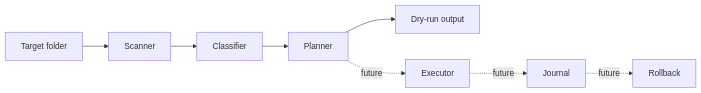
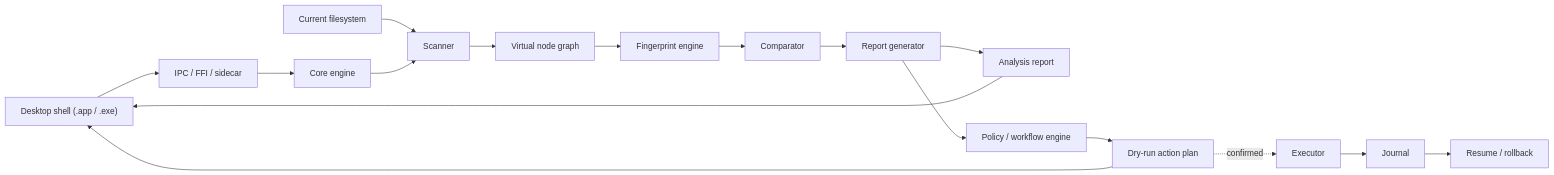
One commit to yzhang37/FileSage changed the diagram in docs/ARCHITECTURE.md. Above: the diagram before and after it, drawn with Mermaid. The commit also changed other lines of this file and 6 other files, not shown here.

Commit message:
Document product direction and desktop architecture

````diff
--- a/docs/ARCHITECTURE.md
+++ b/docs/ARCHITECTURE.md
@@ -7,10 +7,19 @@
 ```mermaid
 flowchart LR
-    A["Target folder"] --> B["Scanner"]
-    B --> C["Classifier"]
-    C --> D["Planner"]
-    D --> E["Dry-run output"]
-    D -. future .-> F["Executor"]
-    F -. future .-> G["Journal"]
-    G -. future .-> H["Rollback"]
+    UI["Desktop shell (.app / .exe)"] --> Bridge["IPC / FFI / sidecar"]
+    Bridge --> Core["Core engine"]
+    A["Current filesystem"] --> B["Scanner"]
+    Core --> B
+    B --> C["Virtual node graph"]
+    C --> D["Fingerprint engine"]
+    D --> E["Comparator"]
+    E --> F["Report generator"]
+    F --> G["Analysis report"]
+    F --> H["Policy / workflow engine"]
+    H --> I["Dry-run action plan"]
+    I -. confirmed .-> J["Executor"]
+    J --> K["Journal"]
+    K --> L["Resume / rollback"]
+    G --> UI
+    I --> UI
 ```
````
